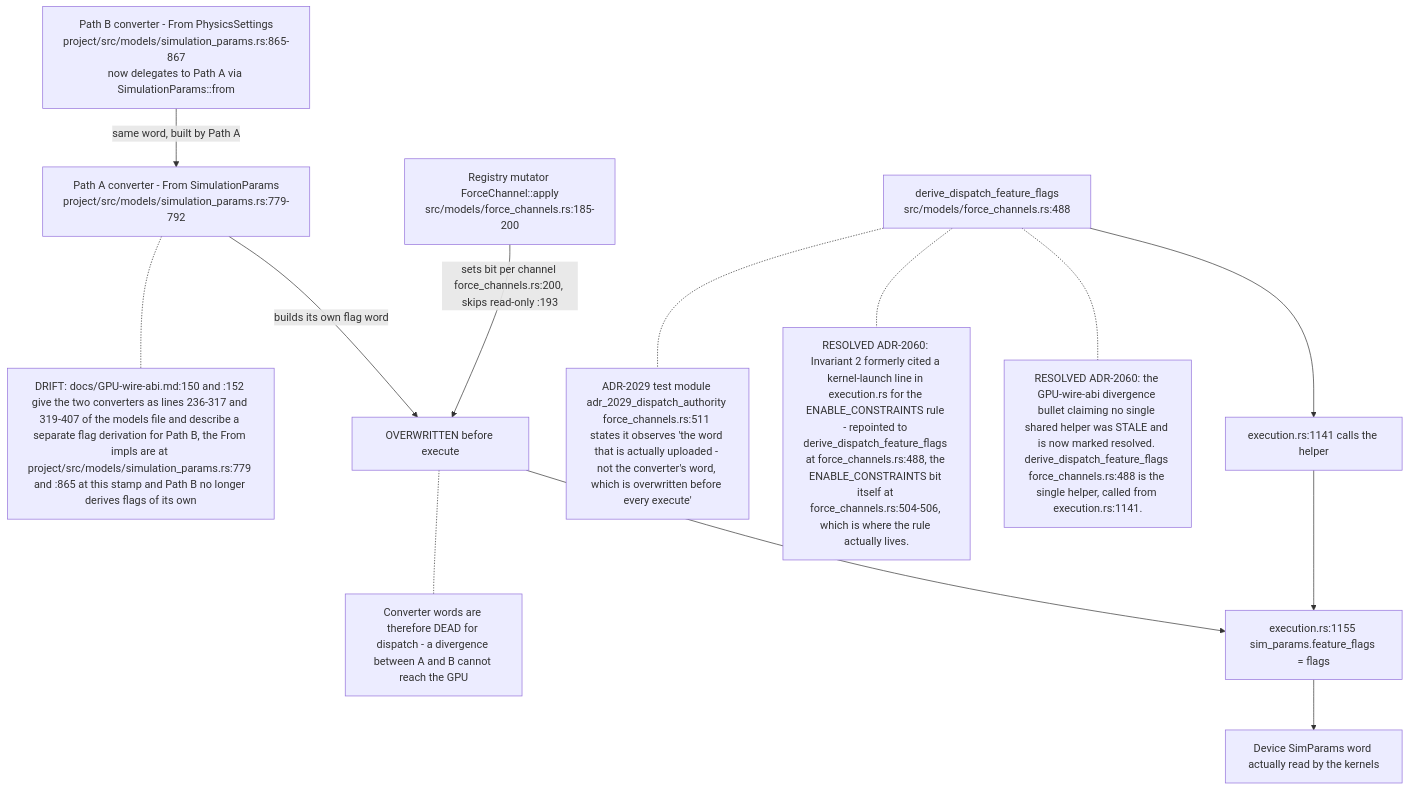
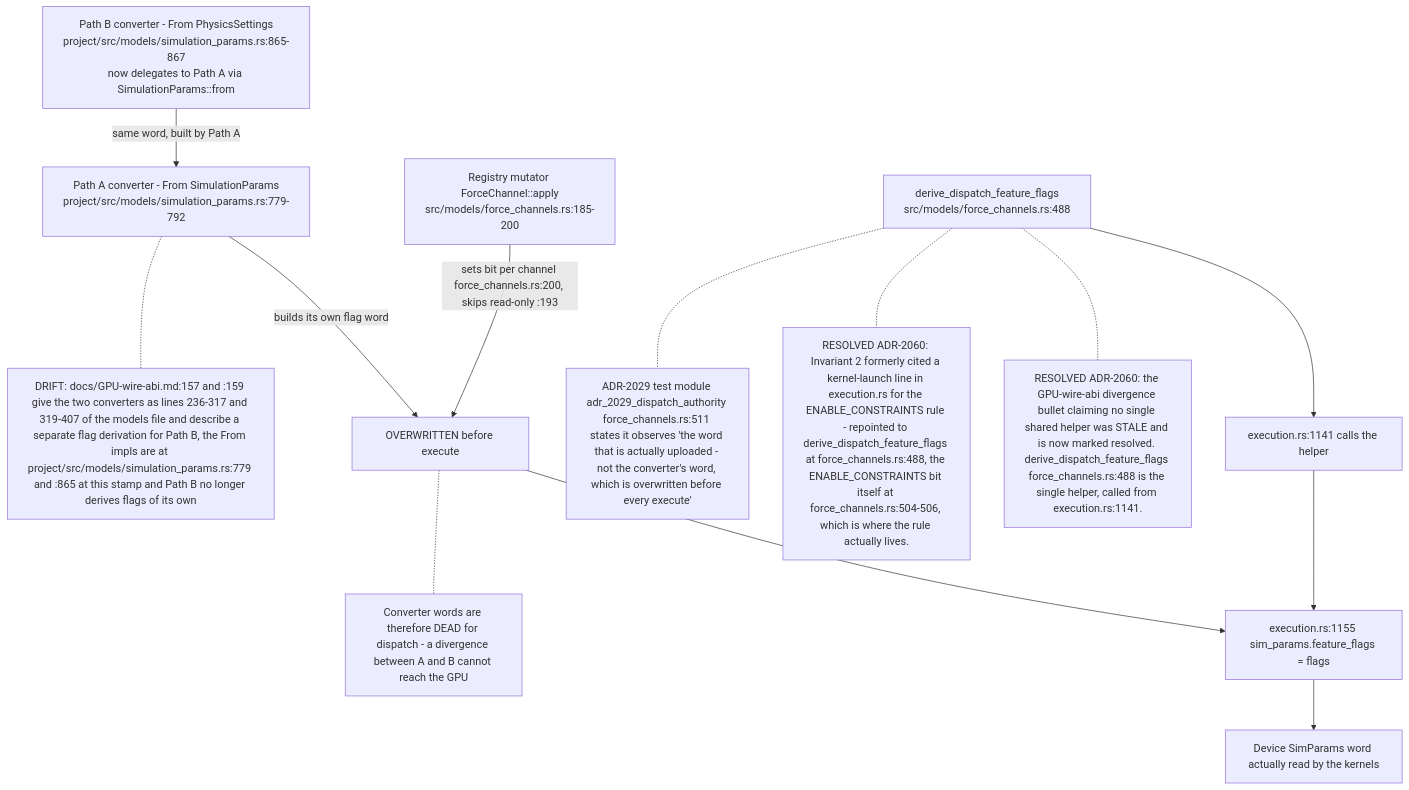
Before and after one commit to DreamLab-AI/VisionFlow: the third of 8 diagrams in docs/diagrams/visionclaw/11-physics-step-and-force-channels.md, drawn with Mermaid. The commit also changed other lines of this file and 56 other files, not shown here.

First line of the commit message:
docs(diagrams): re-verify VisionClaw topics at ec785afa9, add VC-19/56/57 and the VisionClaw register

````diff
--- a/docs/diagrams/visionclaw/11-physics-step-and-force-channels.md
+++ b/docs/diagrams/visionclaw/11-physics-step-and-force-channels.md
@@ -115,27 +122,27 @@
 ```mermaid
 flowchart TD
     A["Path A converter - From SimulationParams<br/>project/src/models/simulation_params.rs:779-792"]
     B["Path B converter - From PhysicsSettings<br/>project/src/models/simulation_params.rs:865-867<br/>now delegates to Path A via SimulationParams::from"]
     C["Registry mutator ForceChannel::apply<br/>src/models/force_channels.rs:185-200"]
     D["derive_dispatch_feature_flags<br/>src/models/force_channels.rs:488"]
     E["execution.rs:1141 calls the helper"]
     F["execution.rs:1155 sim_params.feature_flags = flags"]
     G["Device SimParams word actually read by the kernels"]
 
     A -->|"builds its own flag word"| X["OVERWRITTEN before execute"]
     B -->|"same word, built by Path A"| A
     C -->|"sets bit per channel force_channels.rs:200, skips read-only :193"| X
     X --> F
     D --> E --> F --> G
 
     N1["RESOLVED ADR-2060: the GPU-wire-abi divergence bullet claiming no single shared helper was STALE and is now marked resolved. derive_dispatch_feature_flags force_channels.rs:488 is the single helper, called from execution.rs:1141."]
     N2["RESOLVED ADR-2060: Invariant 2 formerly cited a kernel-launch line in execution.rs for the ENABLE_CONSTRAINTS rule - repointed to derive_dispatch_feature_flags at force_channels.rs:488, the ENABLE_CONSTRAINTS bit itself at force_channels.rs:504-506, which is where the rule actually lives."]
     N3["ADR-2029 test module adr_2029_dispatch_authority force_channels.rs:511 states it observes 'the word that is actually uploaded - not the converter's word, which is overwritten before every execute'"]
     N4["Converter words are therefore DEAD for dispatch - a divergence between A and B cannot reach the GPU"]
-    N5["DRIFT: docs/GPU-wire-abi.md:150 and :152 give the two converters as lines 236-317 and 319-407 of the models file and describe a separate flag derivation for Path B, the From impls are at project/src/models/simulation_params.rs:779 and :865 at this stamp and Path B no longer derives flags of its own"]
+    N5["DRIFT: docs/GPU-wire-abi.md:157 and :159 give the two converters as lines 236-317 and 319-407 of the models file and describe a separate flag derivation for Path B, the From impls are at project/src/models/simulation_params.rs:779 and :865 at this stamp and Path B no longer derives flags of its own"]
     A -.- N5
     D -.- N1
     D -.- N2
     D -.- N3
     X -.- N4
 ```
````
